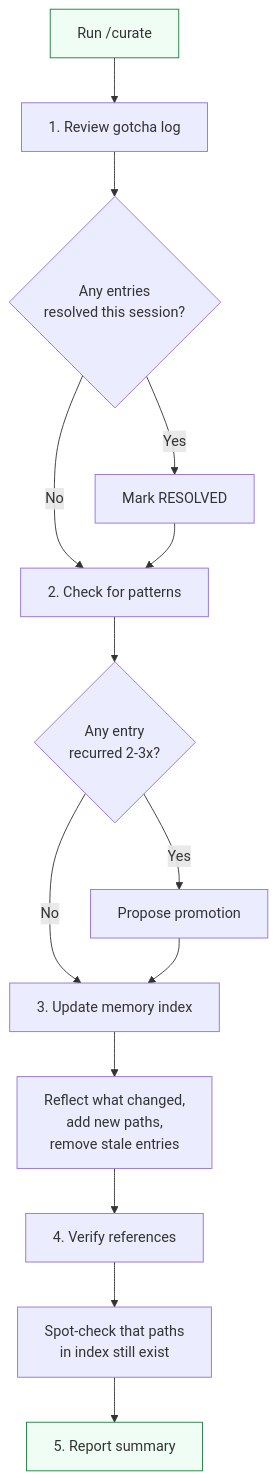
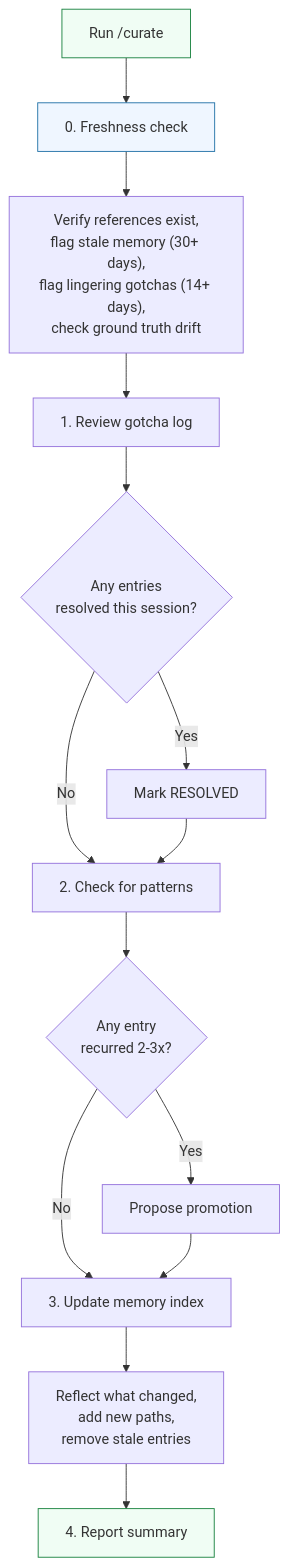
One commit to ducroq/agent-ready-projects changed the third of 4 diagrams in docs/guide/04-the-rhythm.md. Above: the diagram before and after it, drawn with Mermaid. The commit also changed other lines of this file and 4 other files, not shown here.

First line of the commit message:
v1.4.0: Add freshness check to /curate — catch context rot between sessions

````diff
--- a/docs/guide/04-the-rhythm.md
+++ b/docs/guide/04-the-rhythm.md
@@ -48,27 +48,28 @@
 ```mermaid
 flowchart TD
-    Start["Run /curate"] --> Step1
+    Start["Run /curate"] --> Step0
+
+    Step0["0. Freshness check"]
+    Step0 --> Fresh["Verify references exist,<br/>flag stale memory (30+ days),<br/>flag lingering gotchas (14+ days),<br/>check ground truth drift"]
+    Fresh --> Step1
 
     Step1["1. Review gotcha log"]
     Step1 --> Q1{"Any entries<br/>resolved this session?"}
     Q1 -- Yes --> Mark["Mark RESOLVED"]
     Q1 -- No --> Step2
     Mark --> Step2
 
     Step2["2. Check for patterns"]
     Step2 --> Q2{"Any entry<br/>recurred 2-3x?"}
     Q2 -- Yes --> Propose["Propose promotion"]
     Q2 -- No --> Step3
     Propose --> Step3
 
     Step3["3. Update memory index"]
     Step3 --> Update["Reflect what changed,<br/>add new paths,<br/>remove stale entries"]
-    Update --> Step4
-
-    Step4["4. Verify references"]
-    Step4 --> Check["Spot-check that paths<br/>in index still exist"]
-    Check --> Report["5. Report summary"]
+    Update --> Report["4. Report summary"]
 
     style Start fill:#f0fdf4,stroke:#16803c
+    style Step0 fill:#eff6ff,stroke:#1d6fa5
     style Report fill:#f0fdf4,stroke:#16803c
 ```
````
